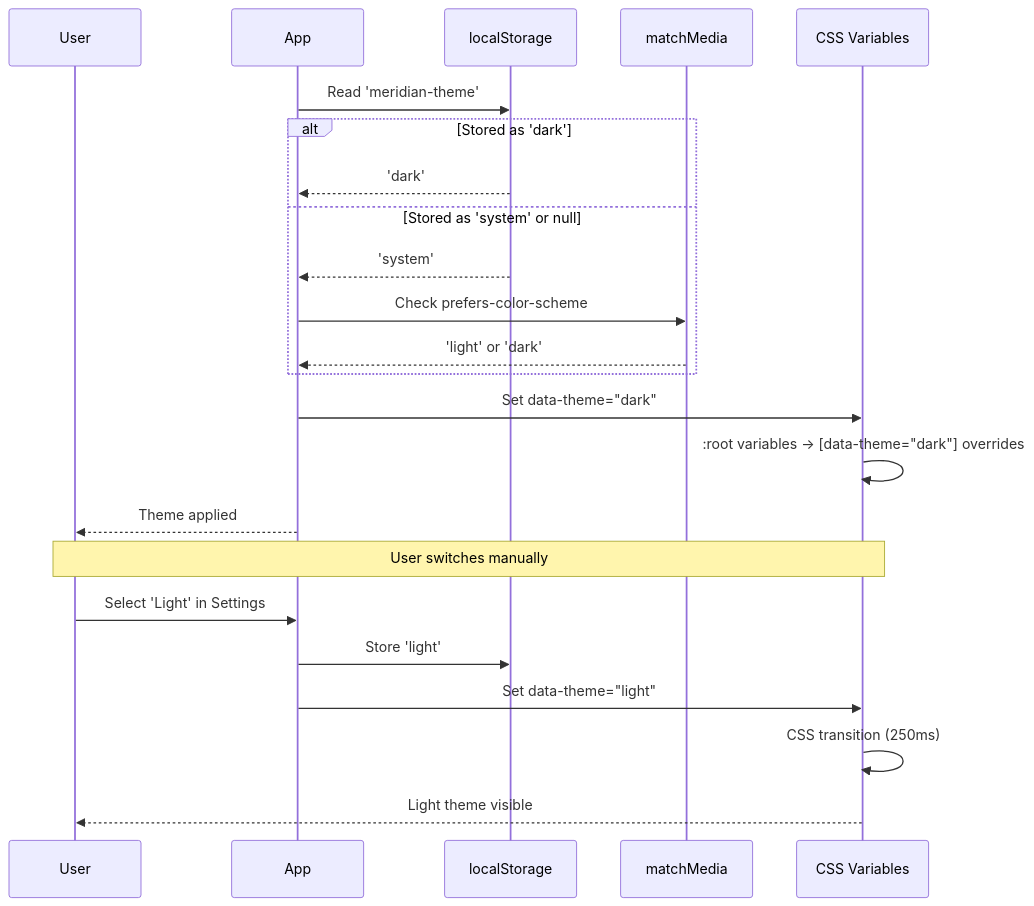
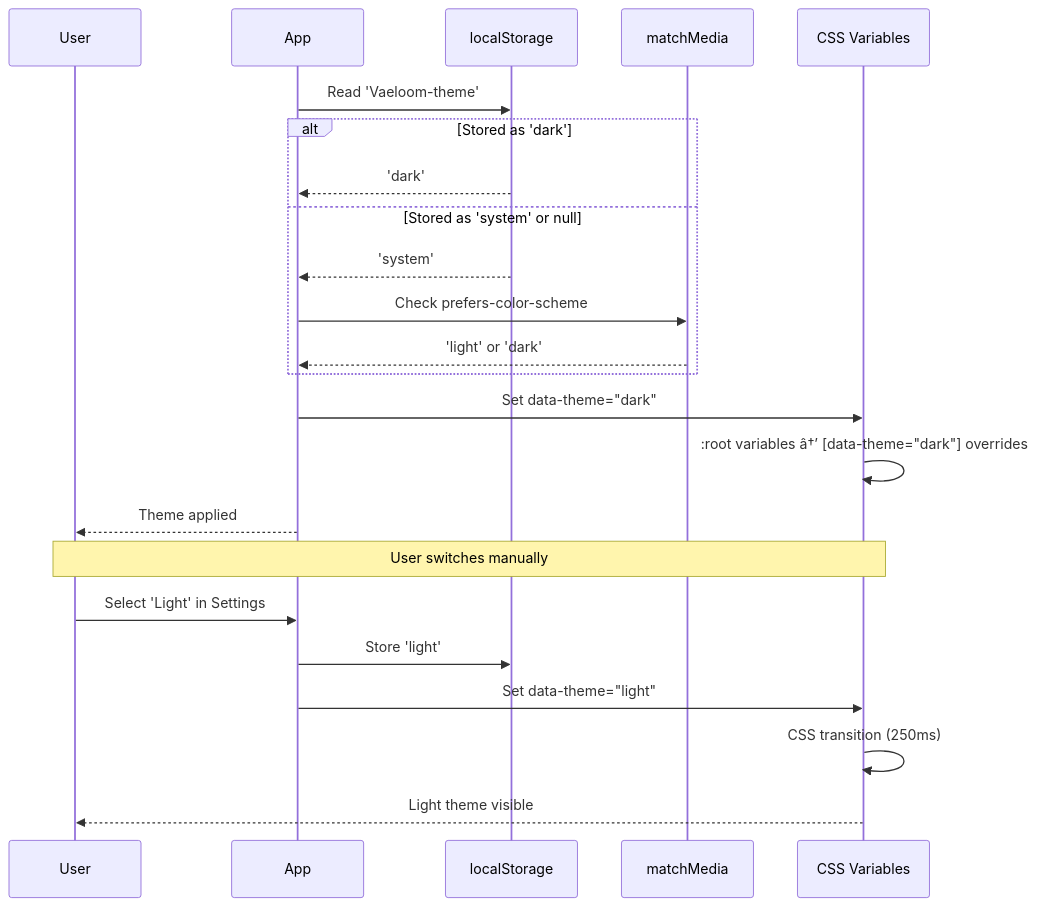
Before and after one commit to Driftloom/Vaeloom: the fourth of 4 diagrams in Docs/Frontend/Theme-System.md, drawn with Mermaid. The commit also changed other lines of this file and 249 other files, not shown here.

Commit message:
Rename all references from Meridian to Vaeloom across docs, scripts, and config

````diff
--- a/Docs/Frontend/Theme-System.md
+++ b/Docs/Frontend/Theme-System.md
@@ -1040,27 +1040,27 @@
 ```mermaid
 sequenceDiagram
     participant U as User
     participant APP as App
     participant LS as localStorage
     participant MQ as matchMedia
     participant CSS as CSS Variables
 
-    APP->>LS: Read 'meridian-theme'
+    APP->>LS: Read 'Vaeloom-theme'
     alt Stored as 'dark'
         LS-->>APP: 'dark'
     else Stored as 'system' or null
         LS-->>APP: 'system'
         APP->>MQ: Check prefers-color-scheme
         MQ-->>APP: 'light' or 'dark'
     end
     APP->>CSS: Set data-theme="dark"
-    CSS->>CSS: :root variables → [data-theme="dark"] overrides
+    CSS->>CSS: :root variables â†’ [data-theme="dark"] overrides
     APP-->>U: Theme applied
 
     Note over U,CSS: User switches manually
     U->>APP: Select 'Light' in Settings
     APP->>LS: Store 'light'
     APP->>CSS: Set data-theme="light"
     CSS->>CSS: CSS transition (250ms)
     CSS-->>U: Light theme visible
 ```
````
